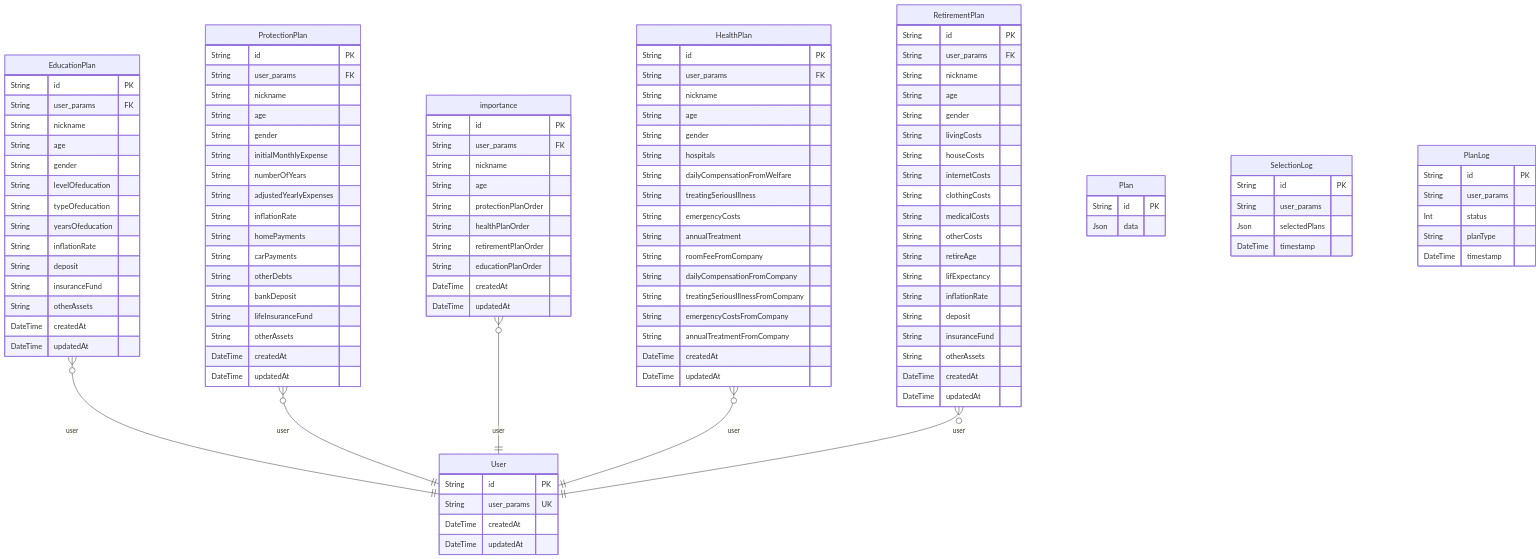
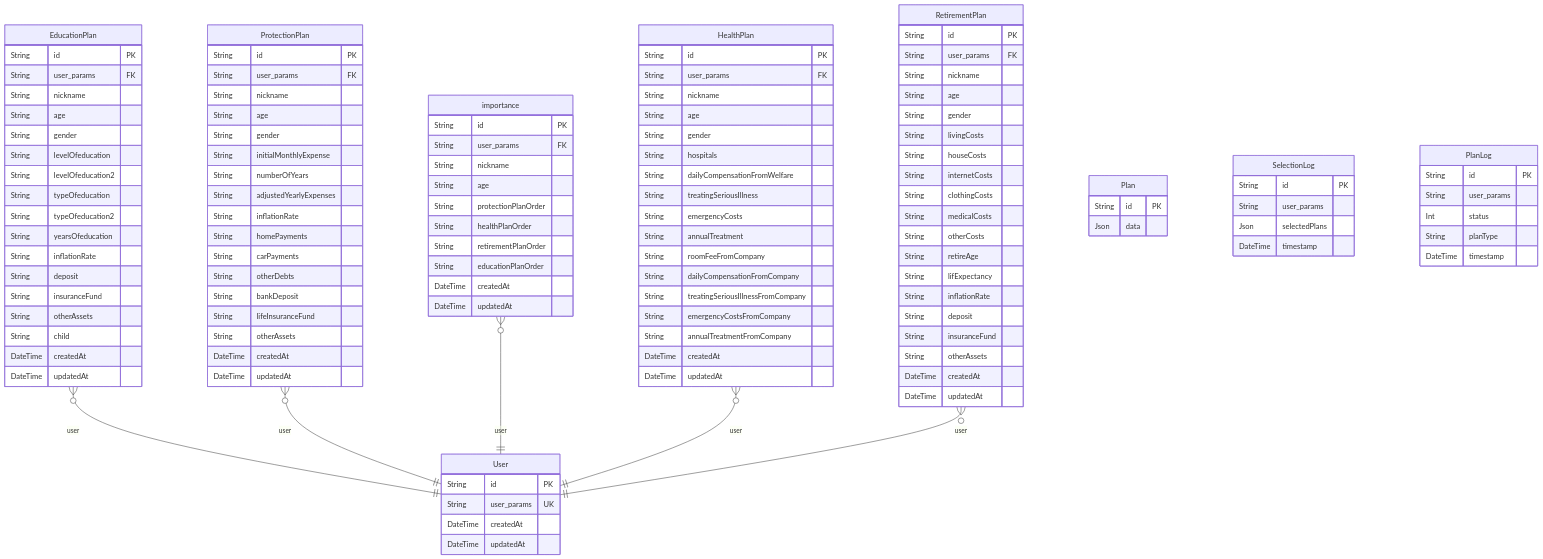
The diagram in prisma/ERD.md (H-lab-official/Financial-Health-Check-BE), drawn with Mermaid before and after one commit. The commit also changed other lines of this file and 2 other files, not shown here.

Commit message:
edit education

```diff
--- a/prisma/ERD.md
+++ b/prisma/ERD.md
@@ -13,12 +13,15 @@
   String age
   String gender
   String levelOfeducation
+  String levelOfeducation2
   String typeOfeducation
+  String typeOfeducation2
   String yearsOfeducation
   String inflationRate
   String deposit
   String insuranceFund
   String otherAssets
+  String child
   DateTime createdAt
   DateTime updatedAt
 }
```
